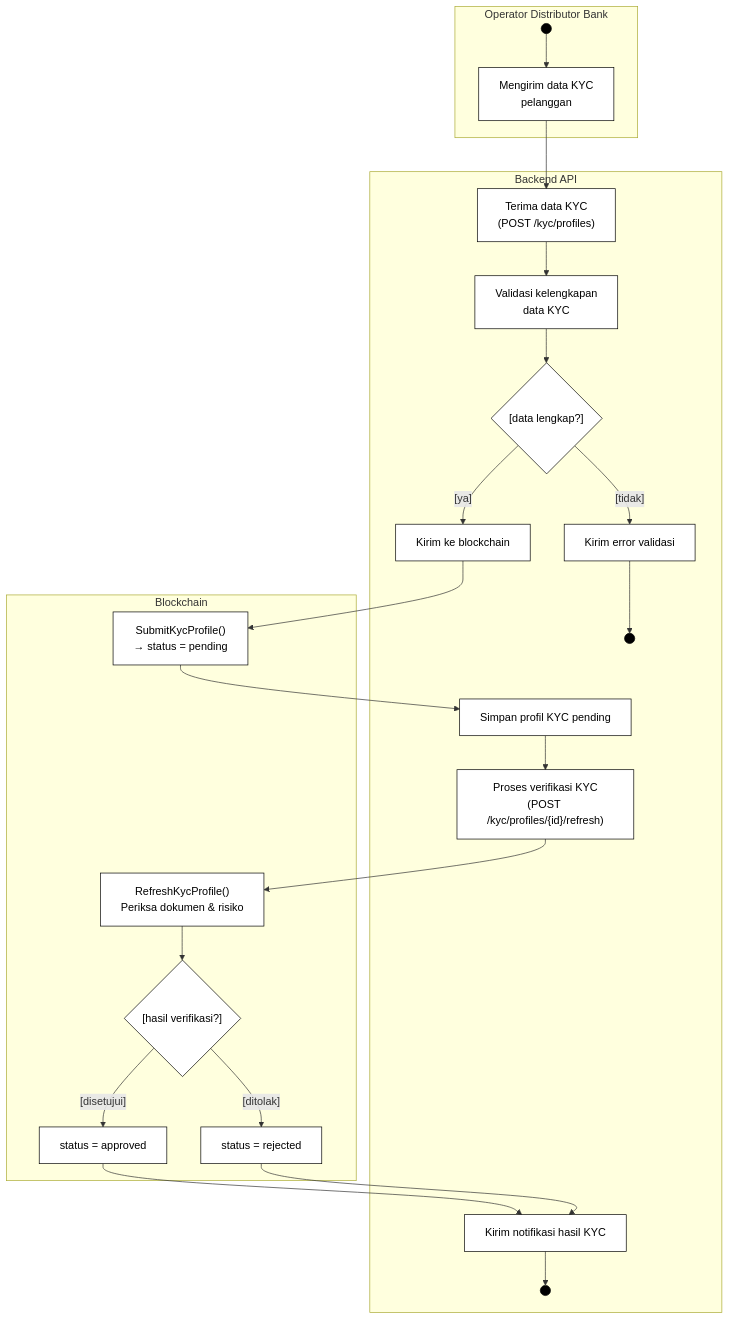
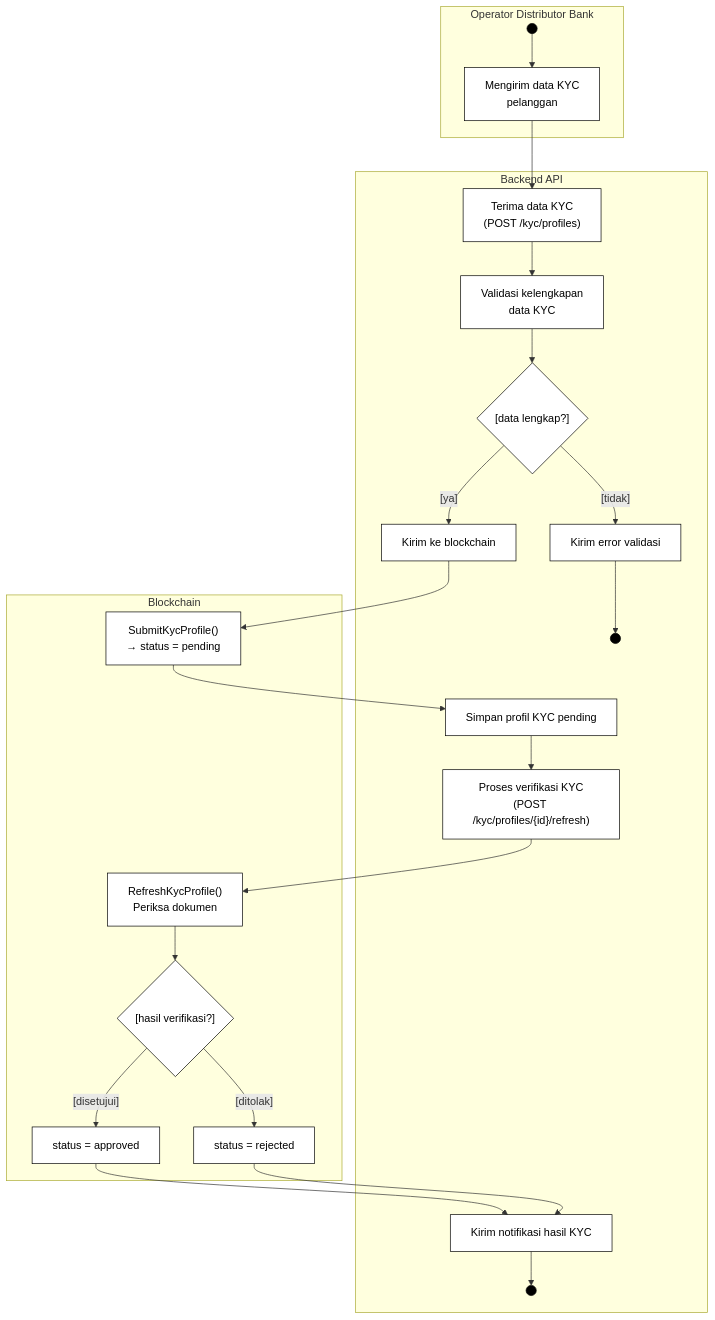
The fourth of 7 diagrams in bi-coin-fabric/docs/diagrams/mermaid/activity-diagrams.md (mfachrizalg/bi-coin), drawn with Mermaid before and after one commit. The commit also changed other lines of this file and 37 other files, not shown here.

````diff
--- a/bi-coin-fabric/docs/diagrams/mermaid/activity-diagrams.md
+++ b/bi-coin-fabric/docs/diagrams/mermaid/activity-diagrams.md
@@ -224,50 +224,50 @@
 ```mermaid
 flowchart TD
   classDef startend fill:#000,stroke:#000,color:#fff
   classDef action fill:#fff,stroke:#000,color:#000
   classDef decision fill:#fff,stroke:#000,color:#000
 
   subgraph lane_a [Operator Distributor Bank]
     S4((" ")):::startend
     D1a["Mengirim data KYC<br>pelanggan"]:::action
   end
 
   subgraph lane_b [Backend API]
     D2a["Terima data KYC<br>(POST /kyc/profiles)"]:::action
     D3a["Validasi kelengkapan<br>data KYC"]:::action
     D6a{"[data lengkap?]"}:::decision
     D4a["Kirim error validasi"]:::action
     E4a((" ")):::startend
     D5a["Kirim ke blockchain"]:::action
     D8a["Simpan profil KYC pending"]:::action
     D9a["Proses verifikasi KYC<br>(POST /kyc/profiles/{id}/refresh)"]:::action
     D10["Kirim notifikasi hasil KYC"]:::action
     E4b((" ")):::startend
   end
 
   subgraph lane_c [Blockchain]
     D7a["SubmitKycProfile()<br>→ status = pending"]:::action
-    D10a["RefreshKycProfile()<br>Periksa dokumen & risiko"]:::action
+    D10a["RefreshKycProfile()<br>Periksa dokumen"]:::action
     D7{"[hasil verifikasi?]"}:::decision
     D11["status = approved"]:::action
     D12["status = rejected"]:::action
   end
 
   S4 --> D1a
   D1a --> D2a
   D2a --> D3a
   D3a --> D6a
   D6a -->|"[tidak]"| D4a
   D4a --> E4a
   D6a -->|"[ya]"| D5a
   D5a --> D7a
   D7a --> D8a
   D8a --> D9a
   D9a --> D10a
   D10a --> D7
   D7 -->|"[disetujui]"| D11
   D7 -->|"[ditolak]"| D12
   D11 --> D10
   D12 --> D10
   D10 --> E4b
 ```
````
